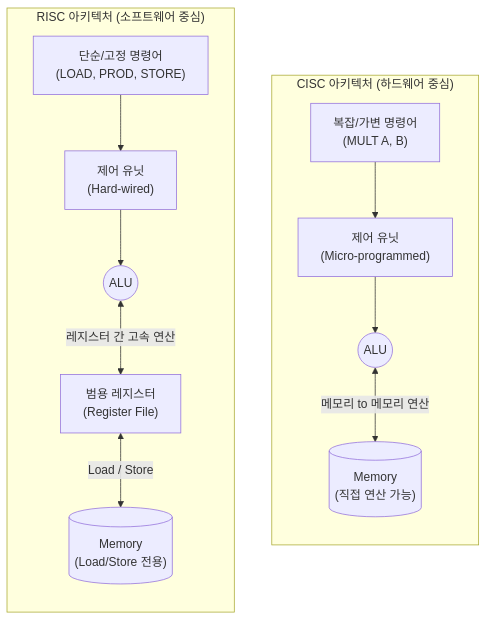
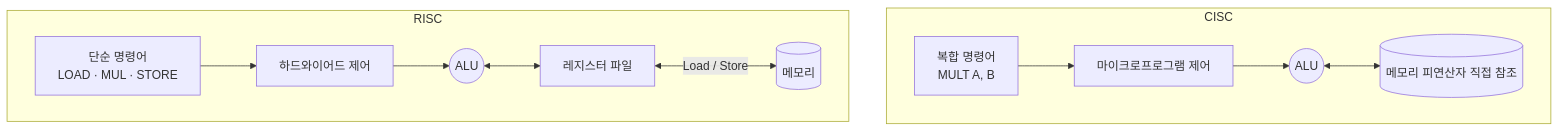
One commit to supremethumb/supremethumb.github.io changed the diagram in content/01_IT Tech/CISC vs RISC.md. Above: the diagram before and after it, drawn with Mermaid. The commit also changed other lines of this file and 1087 other files, not shown here.

````diff
--- a/content/01_IT Tech/CISC vs RISC.md
+++ b/content/01_IT Tech/CISC vs RISC.md
@@ -29,29 +36,16 @@
 ```mermaid
 flowchart TB
-    subgraph CISC["CISC 아키텍처 (하드웨어 중심)"]
-        direction TB
-        C_Inst["복잡/가변 명령어<br/>(MULT A, B)"]
-        C_CU["제어 유닛<br/>(Micro-programmed)"]
-        C_ALU(("ALU"))
-        C_MEM[("Memory<br/>(직접 연산 가능)")]
-        
-        C_Inst --> C_CU
-        C_CU --> C_ALU
-        C_ALU <-->|메모리 to 메모리 연산| C_MEM
+    subgraph CISC ["CISC"]
+        direction LR
+        CI["복합 명령어<br/>MULT A, B"] --> CC["마이크로프로그램 제어"]
+        CC --> CA(("ALU"))
+        CA <--> CM[("메모리 피연산자 직접 참조")]
     end
-
-    subgraph RISC["RISC 아키텍처 (소프트웨어 중심)"]
-        direction TB
-        R_Inst["단순/고정 명령어<br/>(LOAD, PROD, STORE)"]
-        R_CU["제어 유닛<br/>(Hard-wired)"]
-        R_Reg["범용 레지스터<br/>(Register File)"]
-        R_ALU(("ALU"))
-        R_MEM[("Memory<br/>(Load/Store 전용)")]
-        
-        R_Inst --> R_CU
-        R_CU --> R_ALU
-        R_ALU <-->|레지스터 간 고속 연산| R_Reg
-        R_Reg <-->|Load / Store| R_MEM
+    subgraph RISC ["RISC"]
+        direction LR
+        RI["단순 명령어<br/>LOAD · MUL · STORE"] --> RC["하드와이어드 제어"]
+        RC --> RA(("ALU"))
+        RA <--> RR["레지스터 파일"]
+        RR <-- "Load / Store" --> RM[("메모리")]
     end
-
 ```
````
